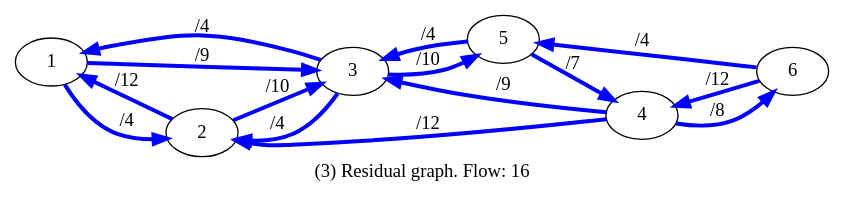
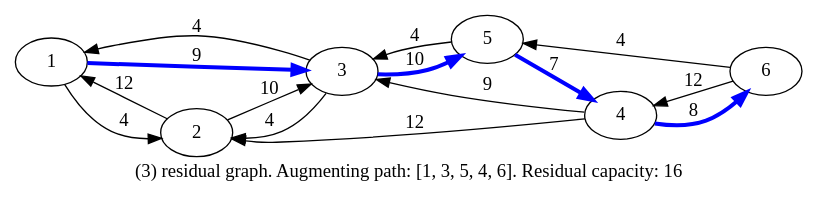
One commit to maryamass/Graph changed the diagram in output_residual3.gv. Above: the diagram before and after it, drawn with Graphviz. The commit also changed 9 other files, not shown here.

```diff
--- a/output_residual3.gv
+++ b/output_residual3.gv
@@ -1,18 +1,18 @@
-digraph residual3 {
-rankdir="LR"
-label="(3) Residual graph. Flow: 16"
-  1 -> 2 [label="/4", color=blue, penwidth=3];
-  1 -> 3 [label="/9", color=blue, penwidth=3];
-  2 -> 1 [label="/12", color=blue, penwidth=3];
-  2 -> 3 [label="/10", color=blue, penwidth=3];
-  3 -> 1 [label="/4", color=blue, penwidth=3];
-  3 -> 2 [label="/4", color=blue, penwidth=3];
-  3 -> 5 [label="/10", color=blue, penwidth=3];
-  4 -> 2 [label="/12", color=blue, penwidth=3];
-  4 -> 3 [label="/9", color=blue, penwidth=3];
-  4 -> 6 [label="/8", color=blue, penwidth=3];
-  5 -> 3 [label="/4", color=blue, penwidth=3];
-  5 -> 4 [label="/7", color=blue, penwidth=3];
-  6 -> 4 [label="/12", color=blue, penwidth=3];
-  6 -> 5 [label="/4", color=blue, penwidth=3];
+digraph residualGraph3 {
+  rankdir="LR"
+  label="(3) residual graph. Augmenting path: [1, 3, 5, 4, 6]. Residual capacity: 16"
+  1 -> 2 [label="4"];
+  1 -> 3 [label="9", color=blue, penwidth=3];
+  2 -> 1 [label="12"];
+  2 -> 3 [label="10"];
+  3 -> 1 [label="4"];
+  3 -> 2 [label="4"];
+  3 -> 5 [label="10", color=blue, penwidth=3];
+  4 -> 2 [label="12"];
+  4 -> 3 [label="9"];
+  4 -> 6 [label="8", color=blue, penwidth=3];
+  5 -> 3 [label="4"];
+  5 -> 4 [label="7", color=blue, penwidth=3];
+  6 -> 4 [label="12"];
+  6 -> 5 [label="4"];
 }
```
